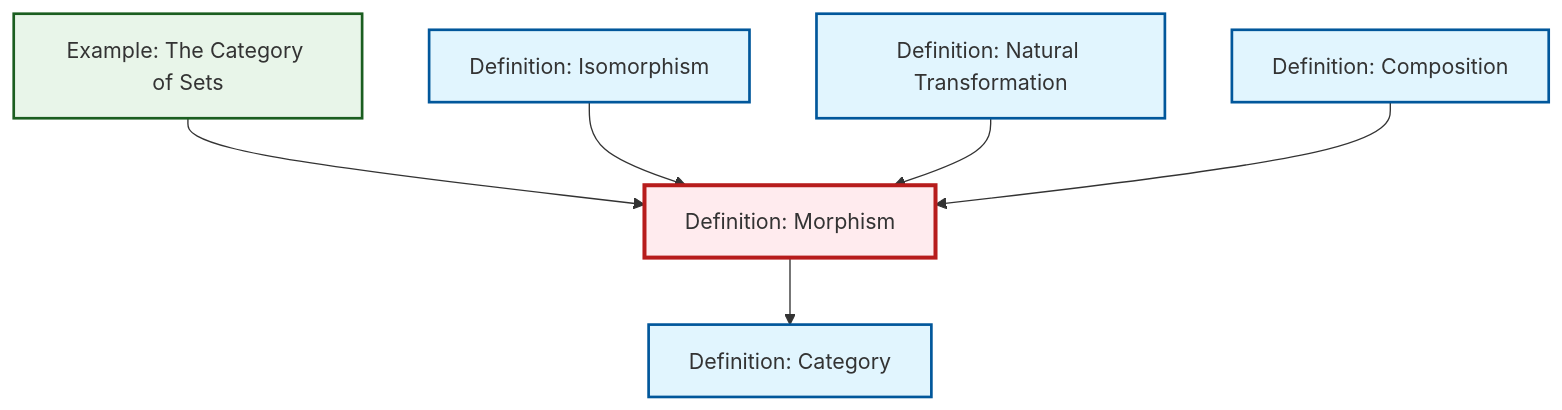
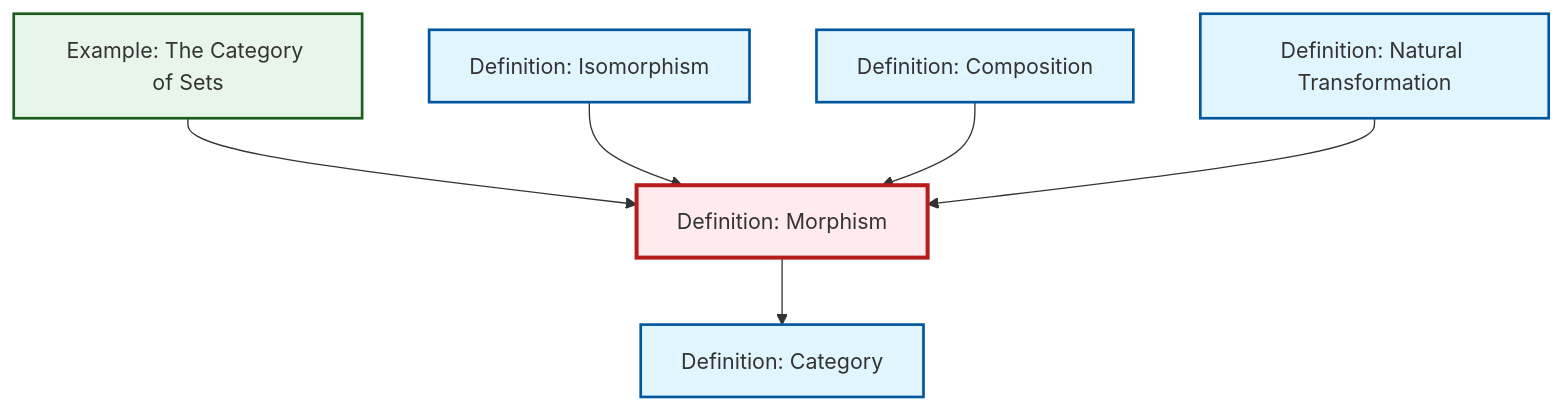
Before and after one commit to RK0429/ModernMath: the diagram in content/ja/category-theory/def-morphism.qmd, drawn with Mermaid. The commit also changed other lines of this file and 530 other files, not shown here.

````diff
--- a/content/ja/category-theory/def-morphism.qmd
+++ b/content/ja/category-theory/def-morphism.qmd
@@ -56,26 +56,26 @@
 ```{mermaid}
 %%| fig-cap: "Local dependency graph"
 graph TD
     classDef definition fill:#e1f5fe,stroke:#01579b,stroke-width:2px
     classDef theorem fill:#f3e5f5,stroke:#4a148c,stroke-width:2px
     classDef axiom fill:#fff3e0,stroke:#e65100,stroke-width:2px
     classDef example fill:#e8f5e9,stroke:#1b5e20,stroke-width:2px
     classDef current fill:#ffebee,stroke:#b71c1c,stroke-width:3px
+    def-composition["Definition: Composition"]:::definition
+    def-isomorphism["Definition: Isomorphism"]:::definition
     def-category["Definition: Category"]:::definition
+    ex-set-category["Example: The Category of Sets"]:::example
+    def-morphism["Definition: Morphism"]:::definition
     def-natural-transformation["Definition: Natural Transformation"]:::definition
-    def-morphism["Definition: Morphism"]:::definition
-    def-composition["Definition: Composition"]:::definition
-    ex-set-category["Example: The Category of Sets"]:::example
-    def-isomorphism["Definition: Isomorphism"]:::definition
     ex-set-category --> def-morphism
+    def-morphism --> def-category
     def-isomorphism --> def-morphism
-    def-morphism --> def-category
+    def-composition --> def-morphism
     def-natural-transformation --> def-morphism
-    def-composition --> def-morphism
     class def-morphism current
+    click def-composition "def-composition.html" "Definition: Compositionへ"
+    click def-isomorphism "def-isomorphism.html" "Definition: Isomorphismへ"
     click def-category "def-category.html" "Definition: Categoryへ"
+    click ex-set-category "ex-set-category.html" "Example: The Category of Setsへ"
     click def-natural-transformation "def-natural-transformation.html" "Definition: Natural Transformationへ"
-    click def-composition "def-composition.html" "Definition: Compositionへ"
-    click ex-set-category "ex-set-category.html" "Example: The Category of Setsへ"
-    click def-isomorphism "def-isomorphism.html" "Definition: Isomorphismへ"
 ```
````
